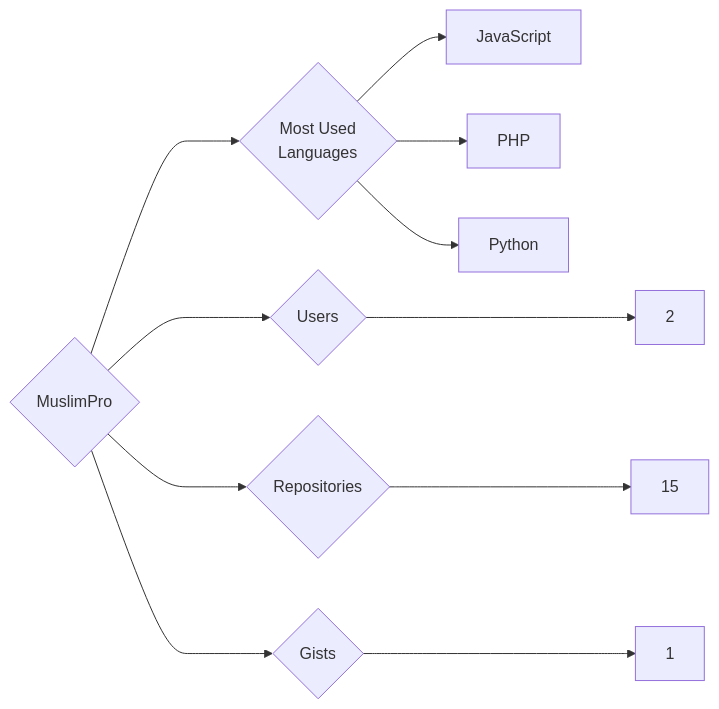
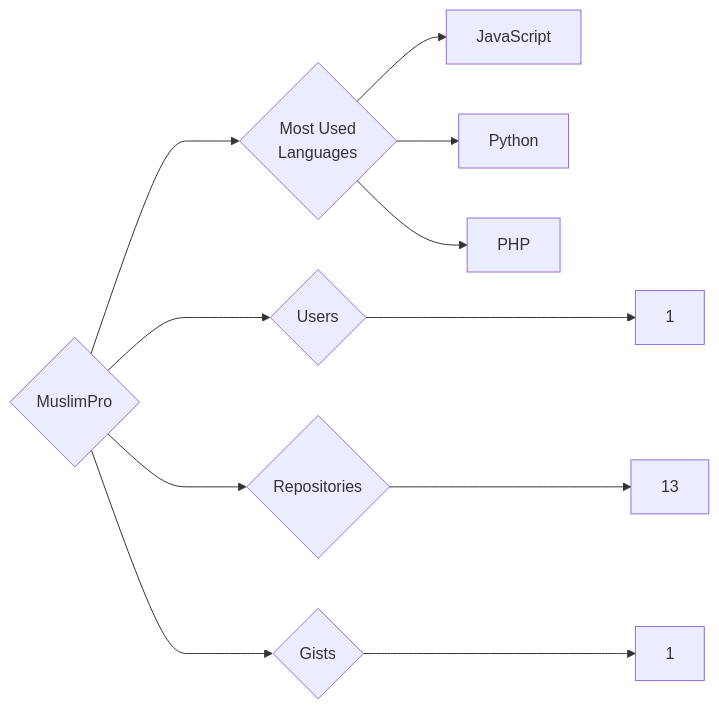
The diagram in targets/MuslimPro/README.md (trickest/insiders), drawn with Mermaid before and after one commit. The commit also changed 1123 other files, not shown here.

````diff
--- a/targets/MuslimPro/README.md
+++ b/targets/MuslimPro/README.md
@@ -3,11 +3,11 @@
 ```mermaid
 graph LR
 COMPANY_NAME{MuslimPro}
-COMPANY_NAME ---> U{Users} ---> UN[2]
-COMPANY_NAME ---> R{Repositories} ---> RN[15]
+COMPANY_NAME ---> U{Users} ---> UN[1]
+COMPANY_NAME ---> R{Repositories} ---> RN[13]
 COMPANY_NAME ---> G{Gists} ---> GN[1]
 COMPANY_NAME ---> ML{Most Used<br>Languages}
 ML --> JavaScript[JavaScript]
+ML --> Python[Python]
 ML --> PHP[PHP]
-ML --> Python[Python]
 ```
````
